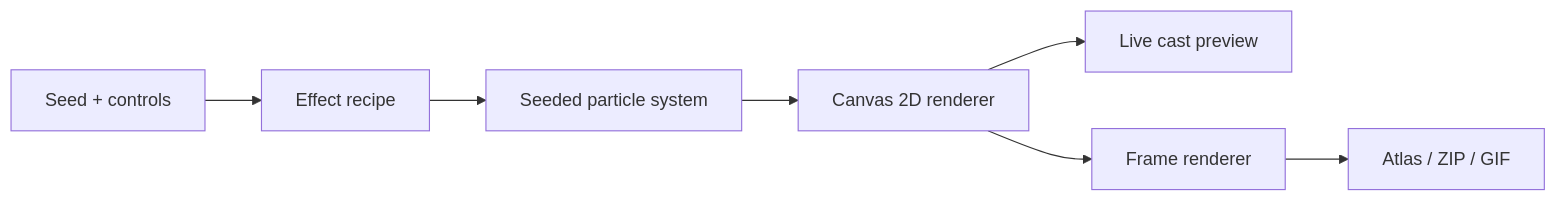
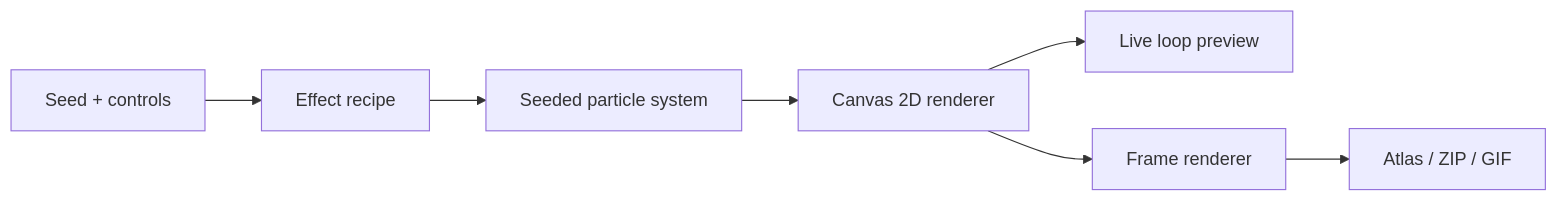
Before and after one commit to GameDev-Toolkit/pixel-ability-fx-generator: the diagram in README.md, drawn with Mermaid. The commit also changed other lines of this file and 8 other files, not shown here.

````diff
--- a/README.md
+++ b/README.md
@@ -107,9 +110,9 @@
 ```mermaid
 flowchart LR
     A[Seed + controls] --> B[Effect recipe]
     B --> C[Seeded particle system]
     C --> D[Canvas 2D renderer]
-    D --> E[Live cast preview]
+    D --> E[Live loop preview]
     D --> F[Frame renderer]
     F --> G[Atlas / ZIP / GIF]
 ```
````
